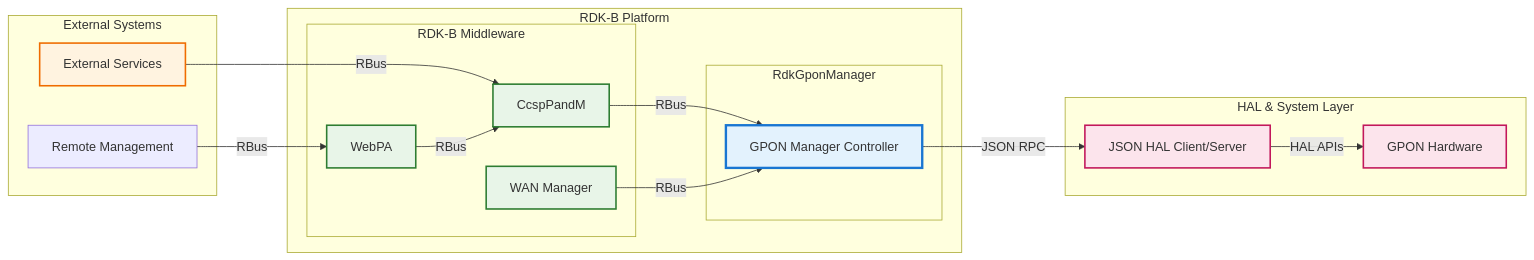
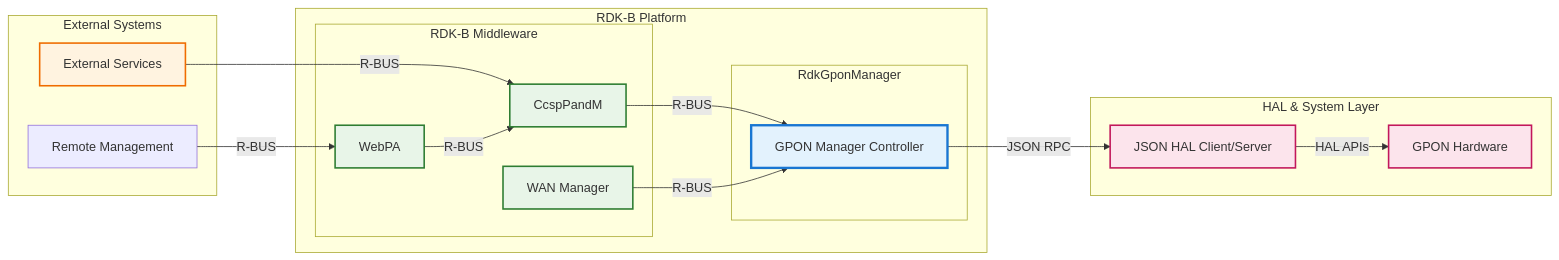
One commit to rdkcentral/RdkGponManager changed the first of 7 diagrams in README.md. Above: the diagram before and after it, drawn with Mermaid. The commit also changed other lines of this file, not shown here.

````diff
--- a/README.md
+++ b/README.md
@@ -9,42 +9,42 @@
 ```mermaid
 graph LR
     subgraph "External Systems"
         RemoteMgmt["Remote Management"]
         ExtServices["External Services"]
     end
 
     subgraph "RDK-B Platform"
         subgraph "RDK-B Middleware"
             WanMgr["WAN Manager"]
             PandM["CcspPandM"]
             WebPA["WebPA"]
         end
 
         subgraph "RdkGponManager"
             GponMgr["GPON Manager Controller"]
         end
     end
 
     subgraph "HAL & System Layer"
         JsonHAL["JSON HAL Client/Server"]
         GPONHw["GPON Hardware"]
     end
 
-    RemoteMgmt -->|RBus| WebPA
-    ExtServices -->|RBus| PandM
-    WebPA -->|RBus| PandM
-    PandM -->|RBus| GponMgr
-    WanMgr -->|RBus| GponMgr
+    RemoteMgmt -->|R-BUS| WebPA
+    ExtServices -->|R-BUS| PandM
+    WebPA -->|R-BUS| PandM
+    PandM -->|R-BUS| GponMgr
+    WanMgr -->|R-BUS| GponMgr
     GponMgr -->|JSON RPC| JsonHAL
     JsonHAL -->|HAL APIs| GPONHw
 
     classDef external fill:#fff3e0,stroke:#ef6c00,stroke-width:2px;
     classDef gponmgr fill:#e3f2fd,stroke:#1976d2,stroke-width:3px;
     classDef rdkbComponent fill:#e8f5e8,stroke:#2e7d32,stroke-width:2px;
     classDef system fill:#fce4ec,stroke:#c2185b,stroke-width:2px;
 
     class RemoteMgr,ExtServices external;
     class GponMgr gponmgr;
     class WanMgr,PandM,WebPA rdkbComponent;
     class JsonHAL,GPONHw system;
 ```
````
